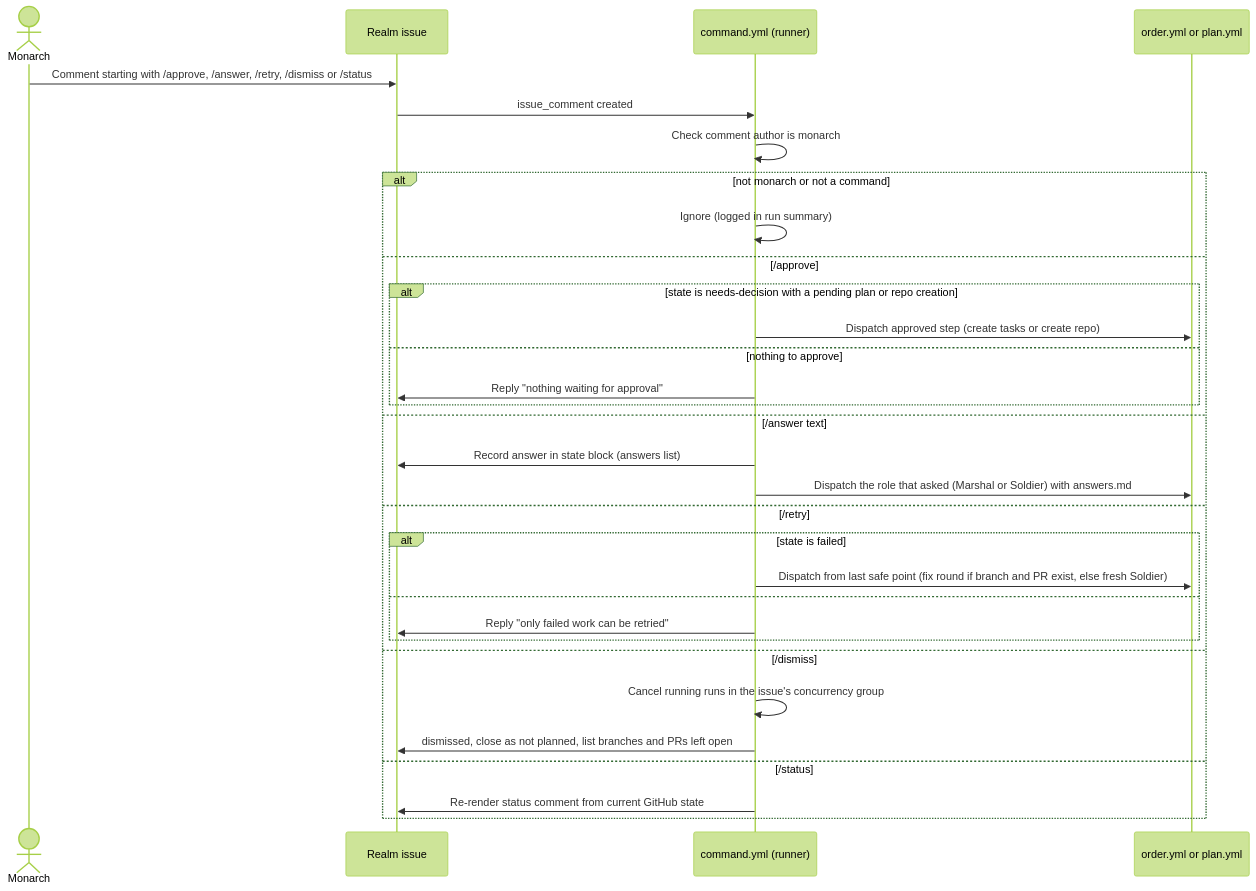
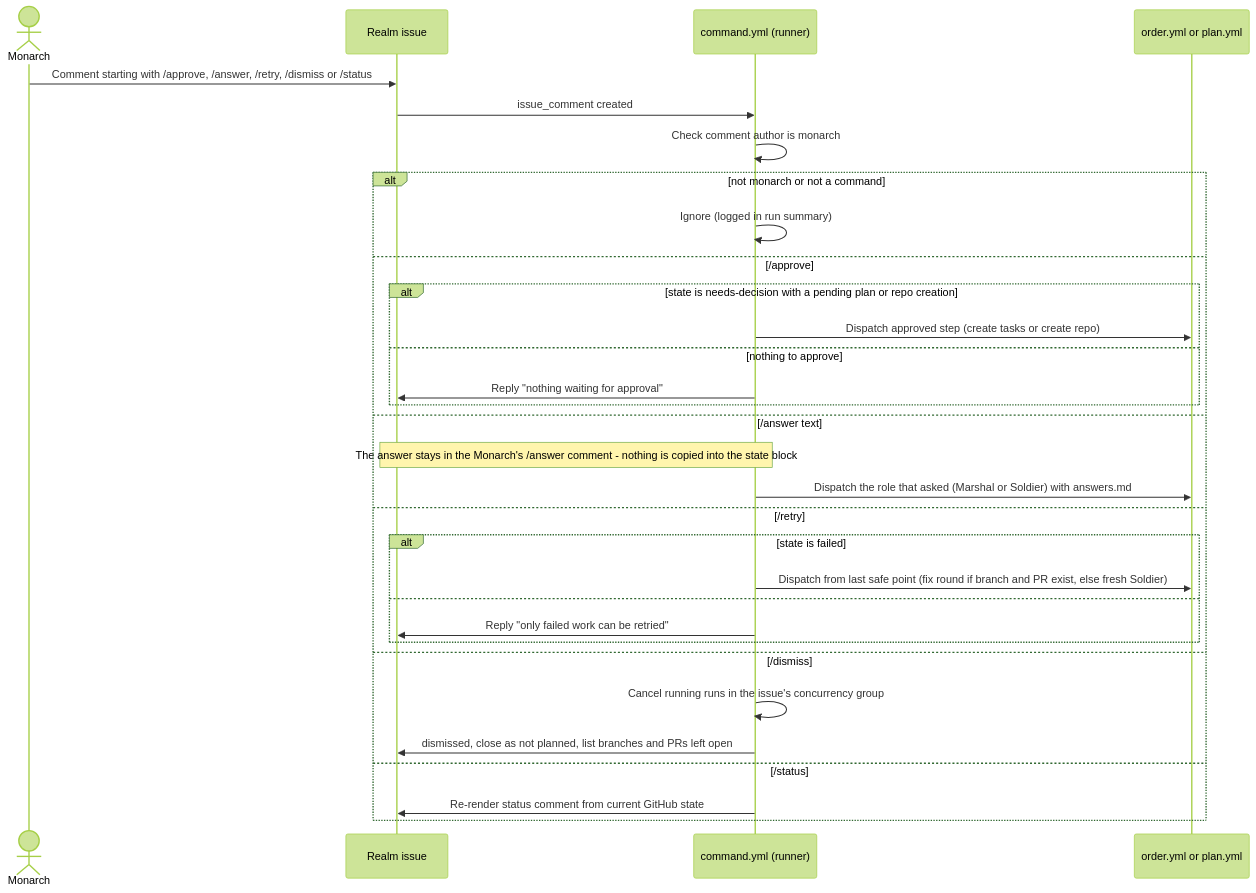
Before and after one commit to Vrajesh-works/shadowarmy: the diagram in functional-diagrams/actions/monarch-commands.md, drawn with Mermaid (forest theme). The commit also changed 3 other files, not shown here.

Commit message:
no-mistakes(document): Document that /answer text stays in comments

````diff
--- a/functional-diagrams/actions/monarch-commands.md
+++ b/functional-diagrams/actions/monarch-commands.md
@@ -5,34 +5,34 @@
 ```mermaid
 sequenceDiagram
   actor Monarch
   participant Realm as Realm issue
   participant CMD as command.yml (runner)
   participant WF as order.yml or plan.yml
 
   Monarch->>Realm: Comment starting with /approve, /answer, /retry, /dismiss or /status
   Realm->>CMD: issue_comment created
   CMD->>CMD: Check comment author is monarch
   alt not monarch or not a command
     CMD->>CMD: Ignore (logged in run summary)
   else /approve
     alt state is needs-decision with a pending plan or repo creation
       CMD->>WF: Dispatch approved step (create tasks or create repo)
     else nothing to approve
       CMD->>Realm: Reply "nothing waiting for approval"
     end
   else /answer text
-    CMD->>Realm: Record answer in state block (answers list)
+    Note over CMD,Realm: The answer stays in the Monarch's /answer comment - nothing is copied into the state block
     CMD->>WF: Dispatch the role that asked (Marshal or Soldier) with answers.md
   else /retry
     alt state is failed
       CMD->>WF: Dispatch from last safe point (fix round if branch and PR exist, else fresh Soldier)
     else
       CMD->>Realm: Reply "only failed work can be retried"
     end
   else /dismiss
     CMD->>CMD: Cancel running runs in the issue's concurrency group
     CMD->>Realm: dismissed, close as not planned, list branches and PRs left open
   else /status
     CMD->>Realm: Re-render status comment from current GitHub state
   end
 ```
````
